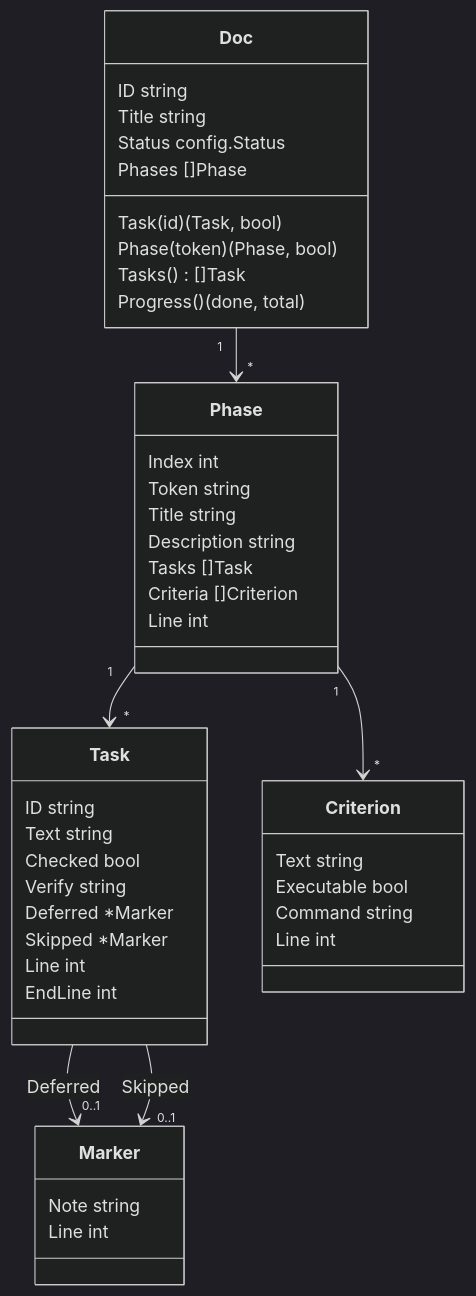
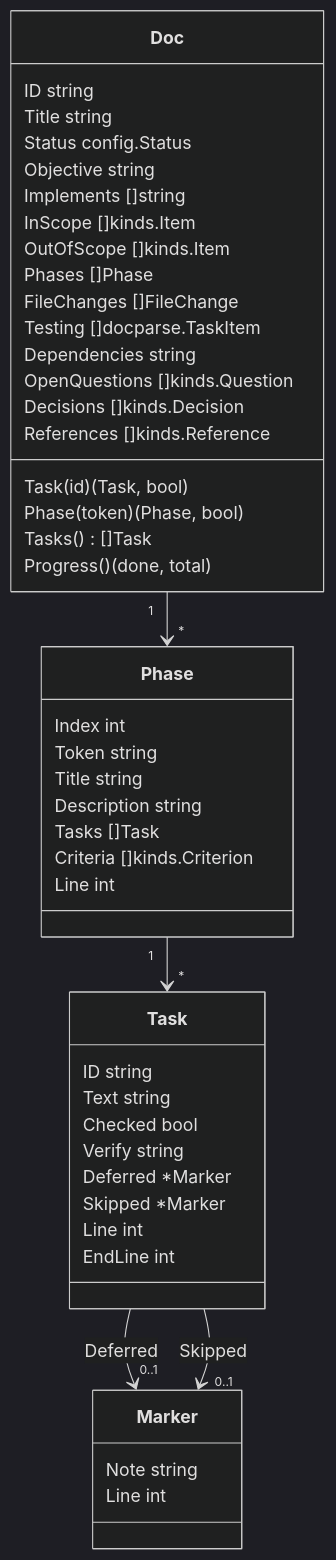
Before and after one commit to donaldgifford/docz: diagram 13 of 16 in docs/design/0014-the-docz-api-as-one-unit-packages-types-functions-and-the-cmd.md, drawn with Mermaid (dark theme). The commit also changed other lines of this file and 3 other files, not shown here.

````diff
--- a/docs/design/0014-the-docz-api-as-one-unit-packages-types-functions-and-the-cmd.md
+++ b/docs/design/0014-the-docz-api-as-one-unit-packages-types-functions-and-the-cmd.md
@@ -1269,47 +1466,50 @@
 ```mermaid
 classDiagram
   class Doc {
     ID string
     Title string
     Status config.Status
+    Objective string
+    Implements []string
+    InScope []kinds.Item
+    OutOfScope []kinds.Item
     Phases []Phase
+    FileChanges []FileChange
+    Testing []docparse.TaskItem
+    Dependencies string
+    OpenQuestions []kinds.Question
+    Decisions []kinds.Decision
+    References []kinds.Reference
     Task(id) (Task, bool)
     Phase(token) (Phase, bool)
     Tasks() []Task
     Progress() (done, total)
   }
   class Phase {
     Index int
     Token string
     Title string
     Description string
     Tasks []Task
-    Criteria []Criterion
+    Criteria []kinds.Criterion
     Line int
   }
   class Task {
     ID string
     Text string
     Checked bool
     Verify string
     Deferred *Marker
     Skipped *Marker
     Line int
     EndLine int
   }
   class Marker {
     Note string
     Line int
   }
-  class Criterion {
-    Text string
-    Executable bool
-    Command string
-    Line int
-  }
   Doc "1" --> "*" Phase
   Phase "1" --> "*" Task
-  Phase "1" --> "*" Criterion
   Task --> "0..1" Marker : Deferred
   Task --> "0..1" Marker : Skipped
 ```
````
